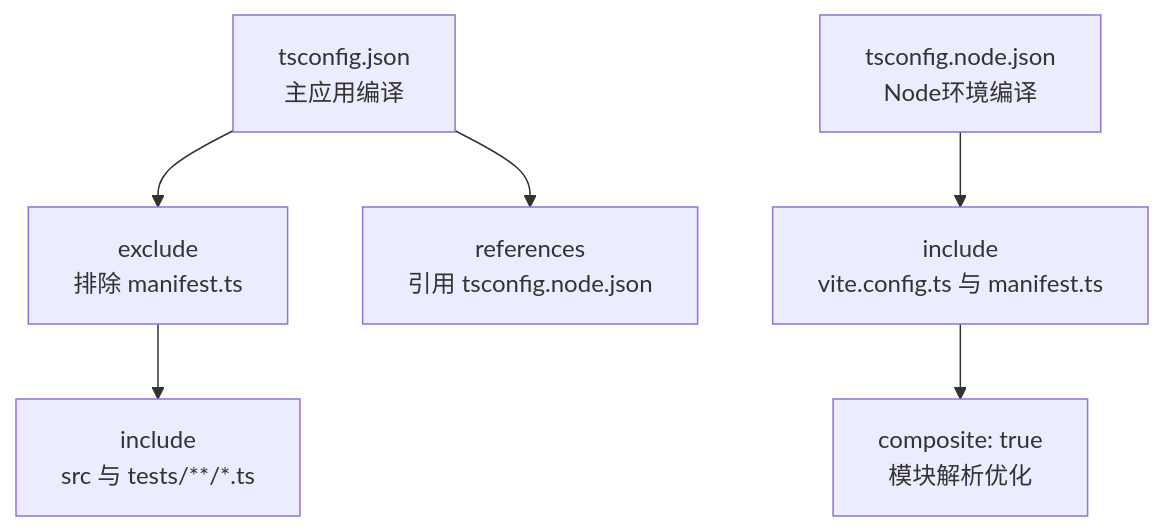
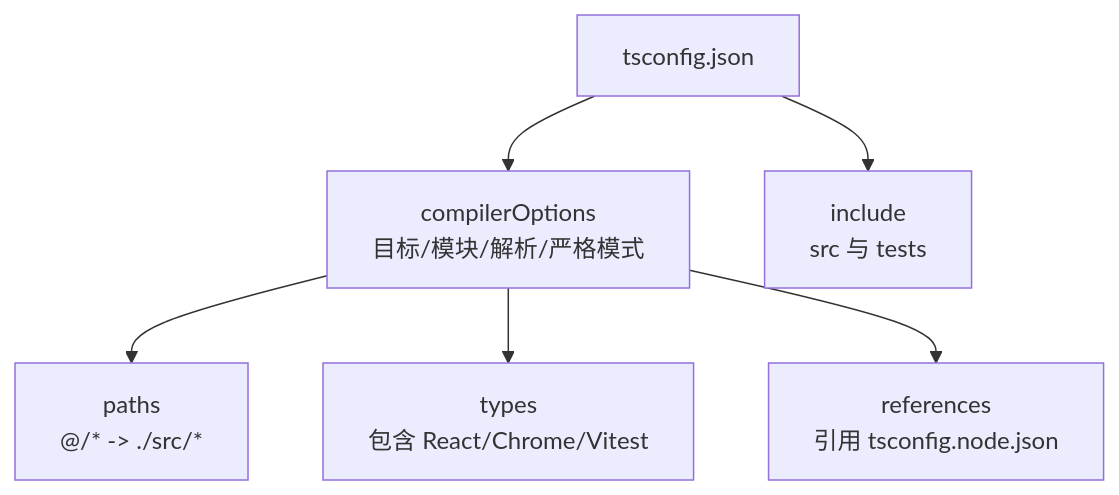
Before and after one commit to RadiumAg/bilibili-favorites: the fourth of 7 diagrams in .qoder/repowiki/zh/content/开发指南/构建配置详解.md, drawn with Mermaid. The commit also changed other lines of this file and 21 other files, not shown here.

````diff
--- a/.qoder/repowiki/zh/content/开发指南/构建配置详解.md
+++ b/.qoder/repowiki/zh/content/开发指南/构建配置详解.md
@@ -208,8 +178,8 @@
 ```mermaid
 flowchart TD
-A["tsconfig.json<br/>主应用编译"] --> B["exclude<br/>排除 manifest.ts"]
-B --> C["include<br/>src 与 tests/**/*.ts"]
-A --> D["references<br/>引用 tsconfig.node.json"]
-E["tsconfig.node.json<br/>Node环境编译"] --> F["include<br/>vite.config.ts 与 manifest.ts"]
-F --> G["composite: true<br/>模块解析优化"]
+A["tsconfig.json"] --> B["compilerOptions<br/>目标/模块/解析/严格模式"]
+B --> C["paths<br/>@/* -> ./src/*"]
+B --> D["types<br/>包含 React/Chrome/Vitest"]
+B --> E["references<br/>引用 tsconfig.node.json"]
+A --> F["include<br/>src 与 tests"]
 ```
````
